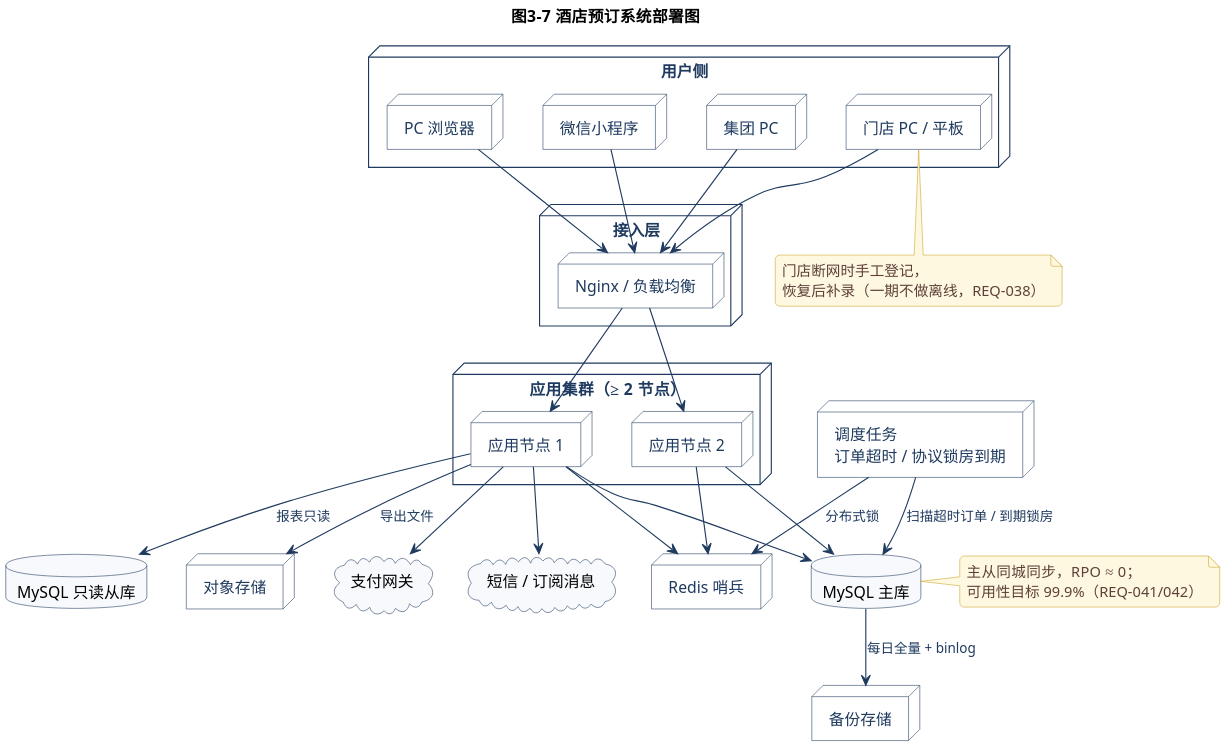
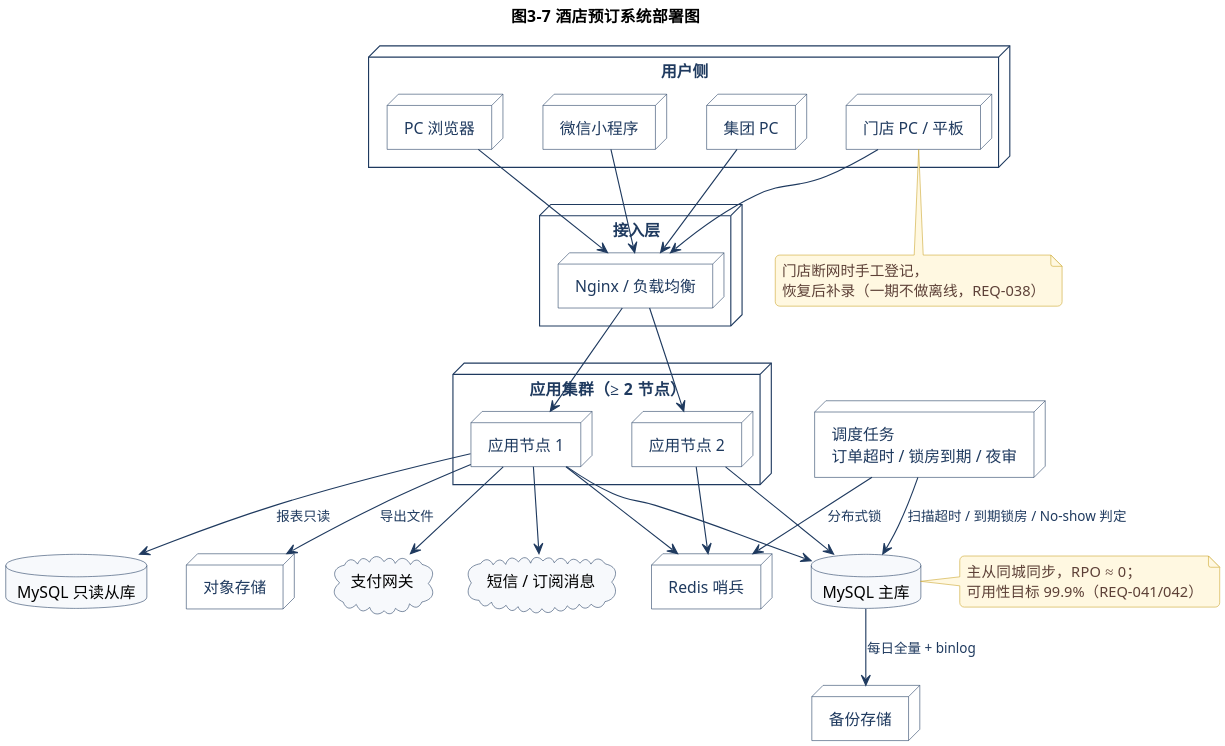
The diagram in lab2/UML/UML部署图.puml (Ash-Klein/hotel-booking-system), drawn with PlantUML before and after one commit. The commit also changed 6 other files, not shown here.

First line of the commit message:
fix(lab2): 用例图删 No-show 人工用例，店长改为继承前台（REQ-019/001）

```diff
--- a/lab2/UML/UML部署图.puml
+++ b/lab2/UML/UML部署图.puml
@@ -1,77 +1,77 @@
 @startuml UML部署图
 skinparam defaultFontName "Microsoft YaHei"
 skinparam dpi 200
 skinparam shadowing false
 skinparam backgroundColor #FFFFFF
 skinparam roundCorner 8
 skinparam ArrowColor #1F3A5F
 skinparam ArrowFontColor #1F3A5F
 skinparam ArrowFontSize 12
 skinparam nodeBorderColor #1F3A5F
 skinparam nodeBackgroundColor #FFFFFF
 skinparam nodeFontColor #1F3A5F
 skinparam databaseBorderColor #1F3A5F
 skinparam databaseBackgroundColor #F7F9FC
 skinparam cloudBorderColor #1F3A5F
 skinparam cloudBackgroundColor #F7F9FC
 skinparam noteBackgroundColor #FFF8E1
 skinparam noteBorderColor #C9A227
 skinparam noteFontColor #5D4037
 skinparam nodesep 35
 skinparam ranksep 50
 title 图3-7  酒店预订系统部署图
 
 node "用户侧" {
   node "微信小程序" as MP
   node "PC 浏览器" as PC
   node "门店 PC / 平板" as STORE
   node "集团 PC" as HQ
 }
 
 node "接入层" {
   node "Nginx / 负载均衡" as NG
 }
 
 node "应用集群（≥ 2 节点）" {
   node "应用节点 1" as APP1
   node "应用节点 2" as APP2
 }
 
 database "MySQL 主库" as DB
 database "MySQL 只读从库" as RO
 node "Redis 哨兵" as REDIS
 node "对象存储" as OSS
 cloud "支付网关" as PAY
 cloud "短信 / 订阅消息" as SMS
 node "备份存储" as BAK
-node "调度任务\n订单超时 / 协议锁房到期" as JOB
+node "调度任务\n订单超时 / 锁房到期 / 夜审" as JOB
 
 MP --> NG
 PC --> NG
 STORE --> NG
 HQ --> NG
 NG --> APP1
 NG --> APP2
 APP1 --> DB
 APP2 --> DB
 APP1 --> REDIS
 APP2 --> REDIS
 APP1 --> RO : 报表只读
 DB --> BAK : 每日全量 + binlog
 APP1 --> OSS : 导出文件
 APP1 --> PAY
 APP1 --> SMS
-JOB --> DB : 扫描超时订单 / 到期锁房
+JOB --> DB : 扫描超时 / 到期锁房 / No-show 判定
 JOB --> REDIS : 分布式锁
 
 note right of DB
   主从同城同步，RPO ≈ 0；
   可用性目标 99.9%（REQ-041/042）
 end note
 
 note bottom of STORE
   门店断网时手工登记，
   恢复后补录（一期不做离线，REQ-038）
 end note
 
 @enduml
```
